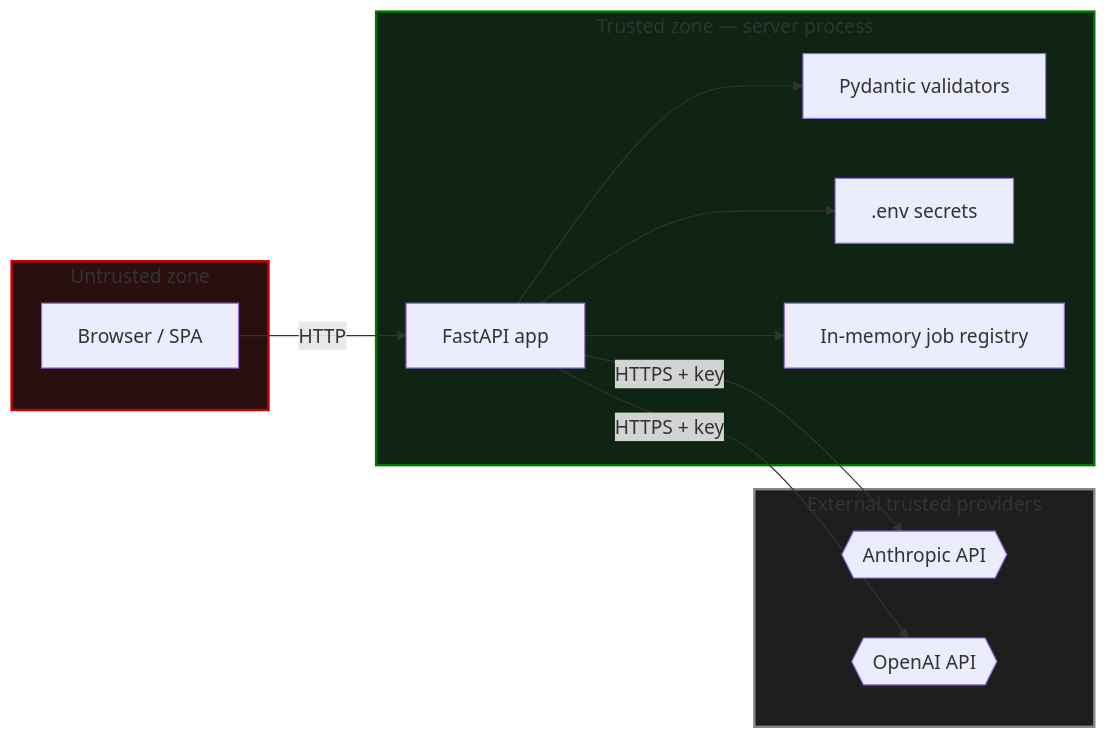
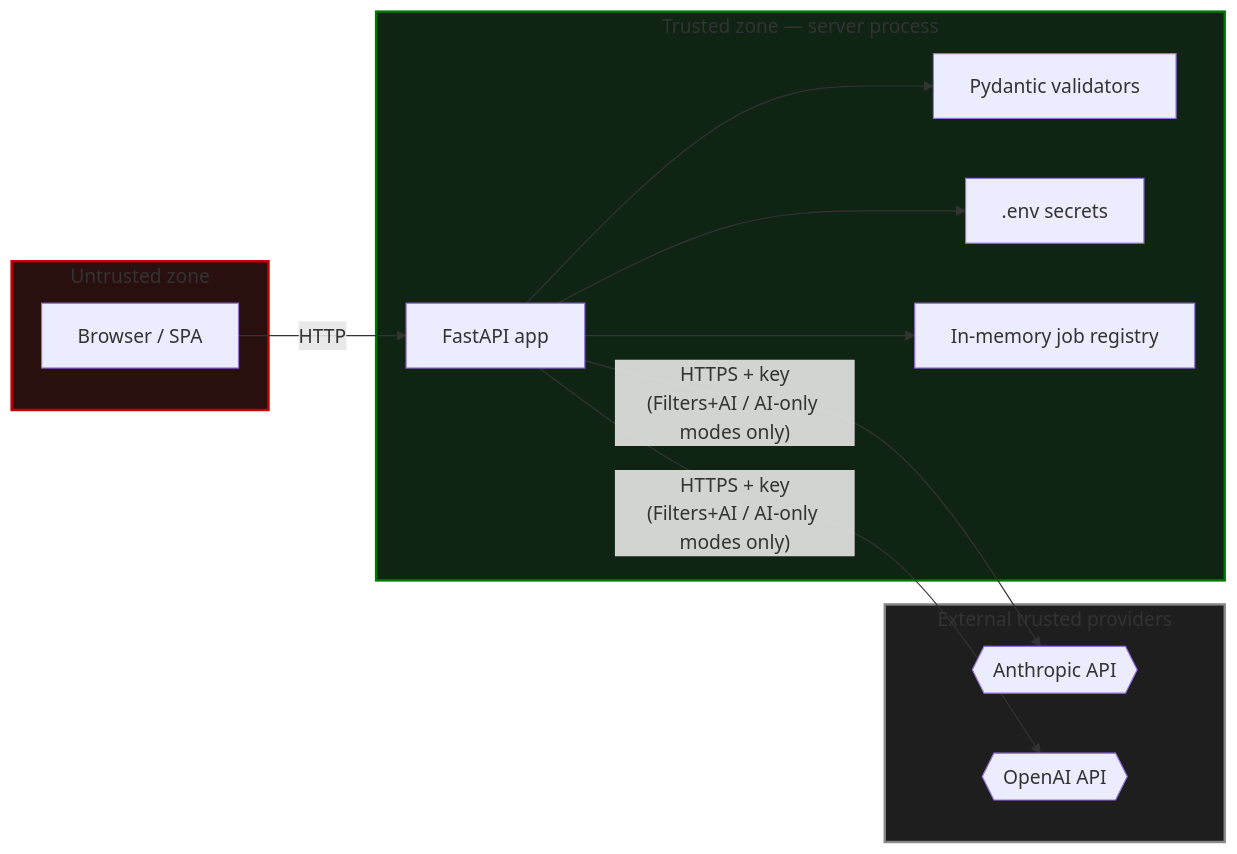
One commit to KhushbuVaishnav/HomeLens changed the sixth of 6 diagrams in docs/architecture.md. Above: the diagram before and after it, drawn with Mermaid. The commit also changed other lines of this file and 2 other files, not shown here.

````diff
--- a/docs/architecture.md
+++ b/docs/architecture.md
@@ -192,29 +203,29 @@
 ```mermaid
 flowchart LR
     subgraph Untrusted["Untrusted zone"]
         Browser["Browser / SPA"]
     end
 
     subgraph Trusted["Trusted zone — server process"]
         API["FastAPI app"]
         Validators["Pydantic validators"]
         Secrets[".env secrets"]
         Jobs["In-memory job registry"]
     end
 
     subgraph External["External trusted providers"]
         Anthropic{{"Anthropic API"}}
         OpenAI{{"OpenAI API"}}
     end
 
     Browser -->|HTTP| API
     API --> Validators
     API --> Secrets
     API --> Jobs
-    API -->|"HTTPS + key"| Anthropic
-    API -->|"HTTPS + key"| OpenAI
+    API -->|"HTTPS + key<br/>(Filters+AI / AI-only modes only)"| Anthropic
+    API -->|"HTTPS + key<br/>(Filters+AI / AI-only modes only)"| OpenAI
 
     style Untrusted fill:#2a0f0f,stroke:#CC0000,stroke-width:2px
     style Trusted fill:#0f2412,stroke:#007700,stroke-width:2px
     style External fill:#1e1e1e,stroke:#888888,stroke-width:2px
 ```
````
